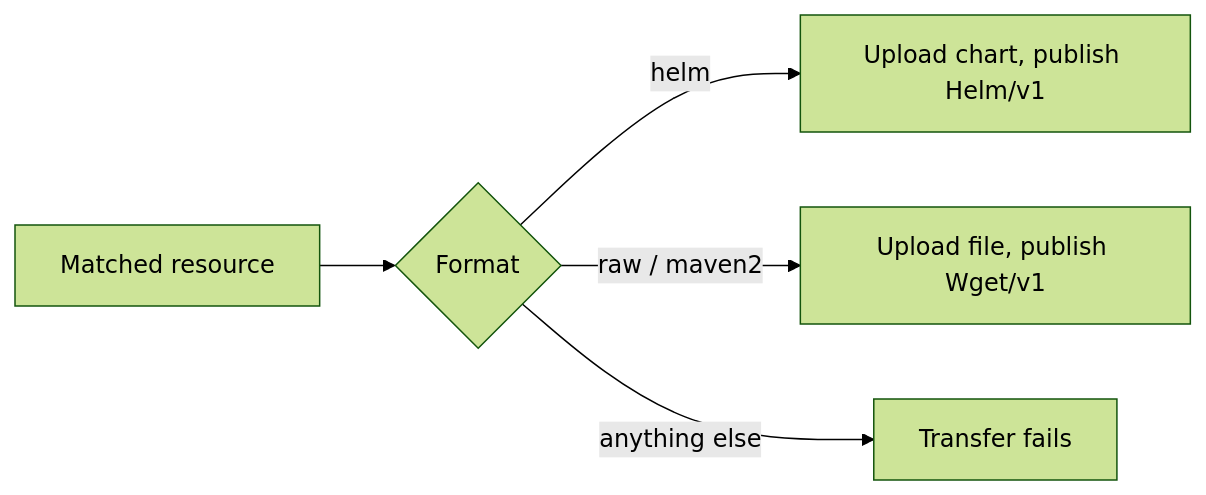
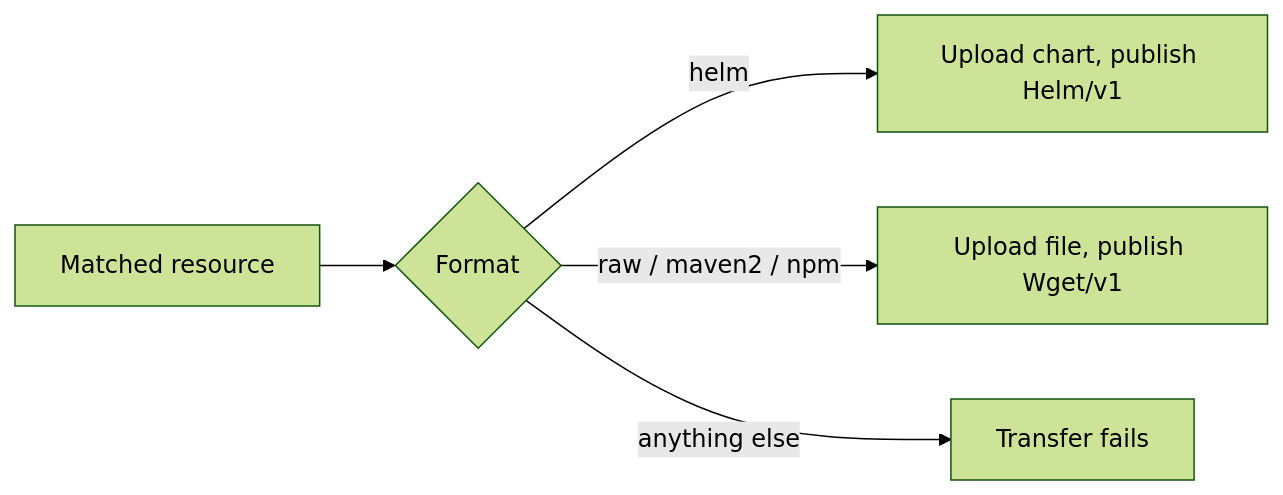
Before and after one commit to open-component-model/open-component-model: the diagram in website/content/docs/how-to/vendor-specific-apis/sonatype-nexus.md, drawn with Mermaid (forest theme). The commit also changed other lines of this file and 7 other files, not shown here.

First line of the commit message:
feat(transfer): upload npm packages into nexus npm repositories

````diff
--- a/website/content/docs/how-to/vendor-specific-apis/sonatype-nexus.md
+++ b/website/content/docs/how-to/vendor-specific-apis/sonatype-nexus.md
@@ -30,7 +30,7 @@
 ```mermaid
 flowchart LR
     R[Matched resource] --> D{Format}
     D -->|helm| H[Upload chart, publish Helm/v1]
-    D -->|raw / maven2| F[Upload file, publish Wget/v1]
+    D -->|raw / maven2 / npm| F[Upload file, publish Wget/v1]
     D -->|anything else| X[Transfer fails]
 ```
````
